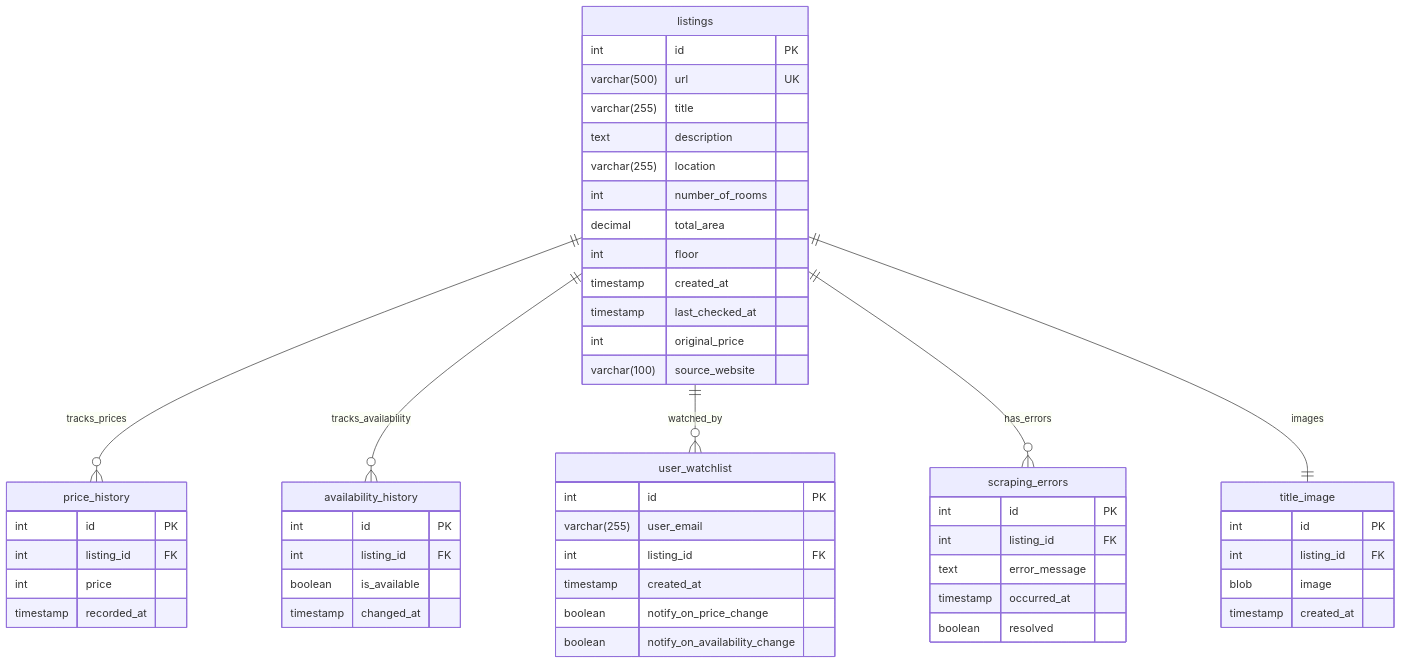
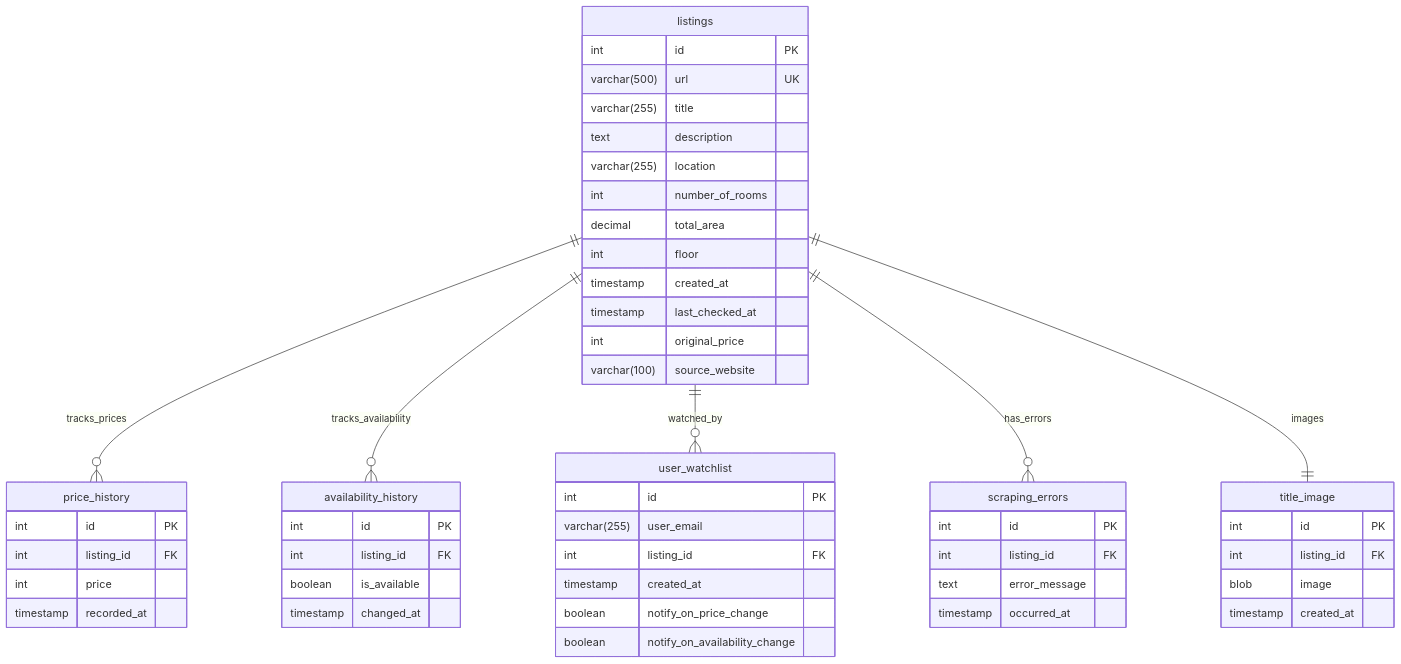
One commit to antonkosse/rent_price_checker changed the diagram in README.md. Above: the diagram before and after it, drawn with Mermaid. The commit also changed 14 other files, not shown here.

````diff
--- a/README.md
+++ b/README.md
@@ -13,61 +13,60 @@
 ```mermaid
 erDiagram
     listings {
         int id PK
         varchar(500) url UK
         varchar(255) title
         text description
         varchar(255) location
         int number_of_rooms
         decimal total_area
         int floor
         timestamp created_at
         timestamp last_checked_at
         int original_price
         varchar(100) source_website
     }
     
     title_image {
         int id PK
         int listing_id FK
         blob image
         timestamp created_at
     }
 
     price_history {
         int id PK
         int listing_id FK
         int price
         timestamp recorded_at
     }
 
     availability_history {
         int id PK
         int listing_id FK
         boolean is_available
         timestamp changed_at
     }
 
     user_watchlist {
         int id PK
         varchar(255) user_email
         int listing_id FK
         timestamp created_at
         boolean notify_on_price_change
         boolean notify_on_availability_change
     }
 
     scraping_errors {
         int id PK
         int listing_id FK
         text error_message
         timestamp occurred_at
-        boolean resolved
     }
 
     listings ||--o{ price_history : "tracks_prices"
     listings ||--o{ availability_history : "tracks_availability"
     listings ||--o{ user_watchlist : "watched_by"
     listings ||--o{ scraping_errors : "has_errors"
     listings ||--|| title_image : "images"
 ```
````
